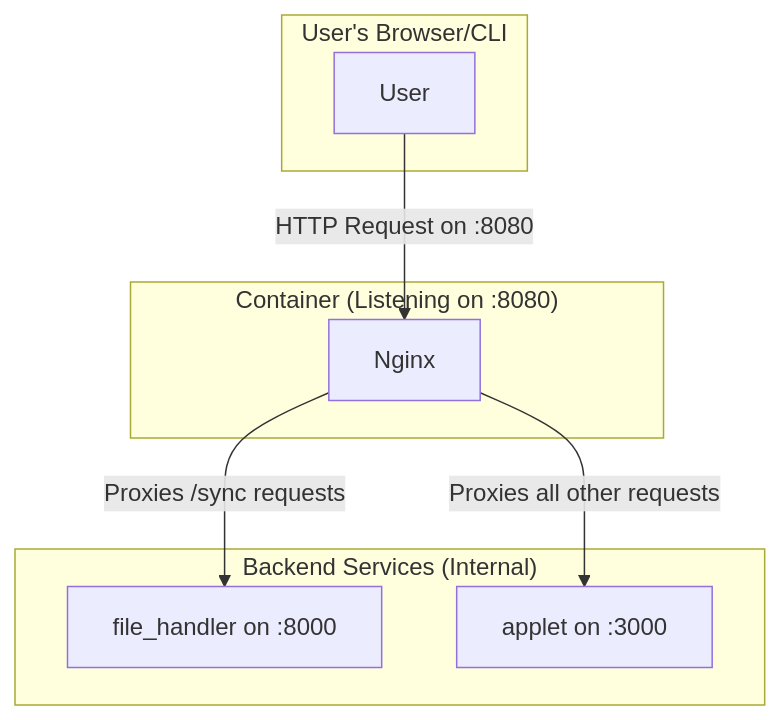
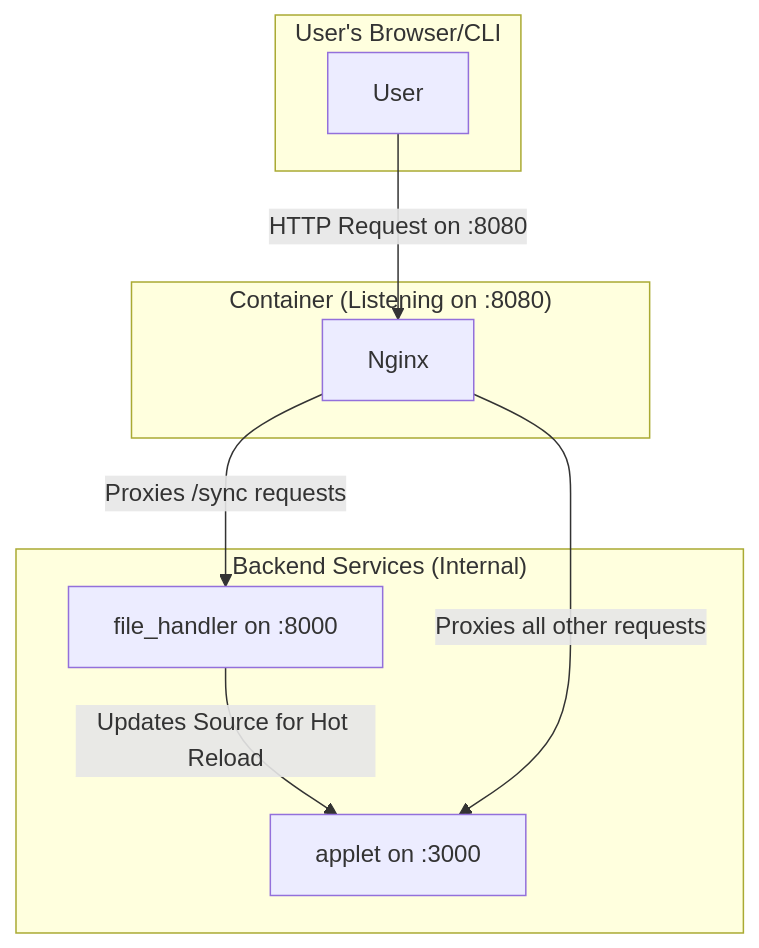
The diagram in README.md (smsohan/cloud-run-hot-reload), drawn with Mermaid before and after one commit.

Commit message:
shows how the file handler relates to the app

````diff
--- a/README.md
+++ b/README.md
@@ -3,19 +3,20 @@
 ```mermaid
 graph TD
     subgraph "User's Browser/CLI"
         A[User]
     end
 
     subgraph "Container (Listening on :8080)"
         B[Nginx]
     end
 
     subgraph "Backend Services (Internal)"
         C[file_handler on :8000]
         D[applet on :3000]
+        C -- Updates Source for Hot Reload--> D
     end
 
     A -- "HTTP Request on :8080" --> B
     B -- "Proxies /sync requests" --> C
     B -- "Proxies all other requests" --> D
 ```
````
